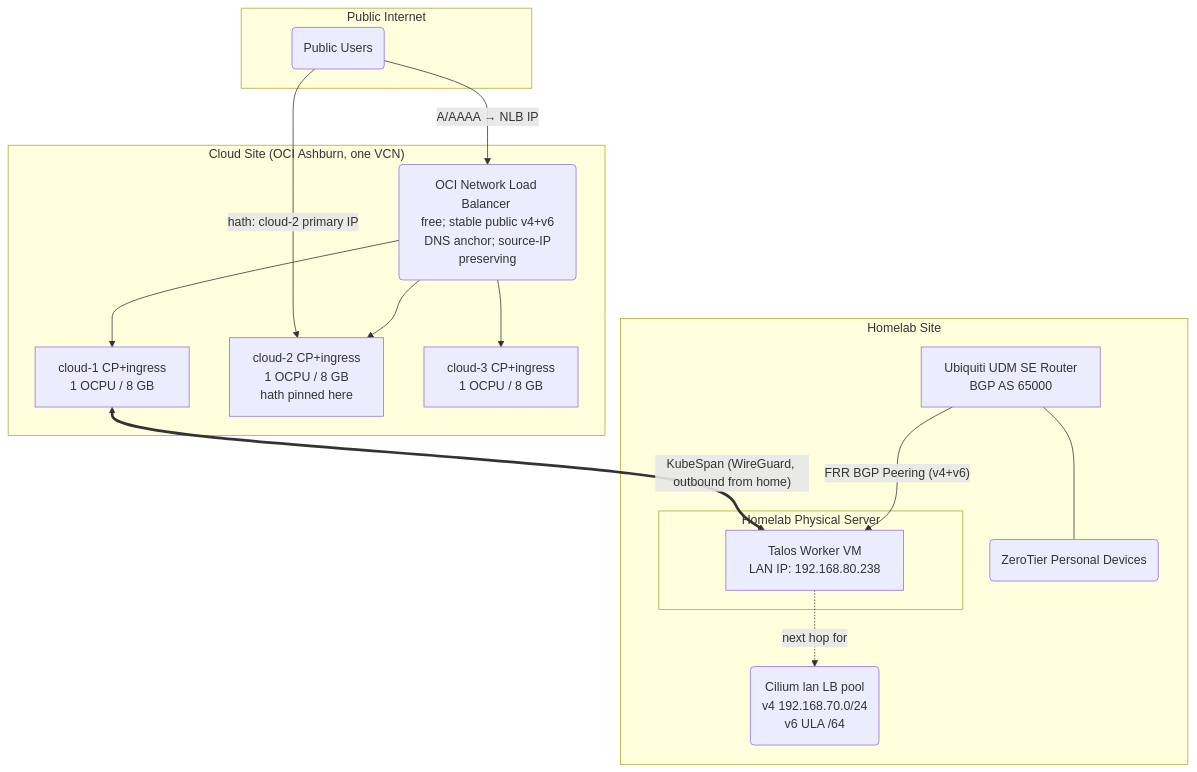
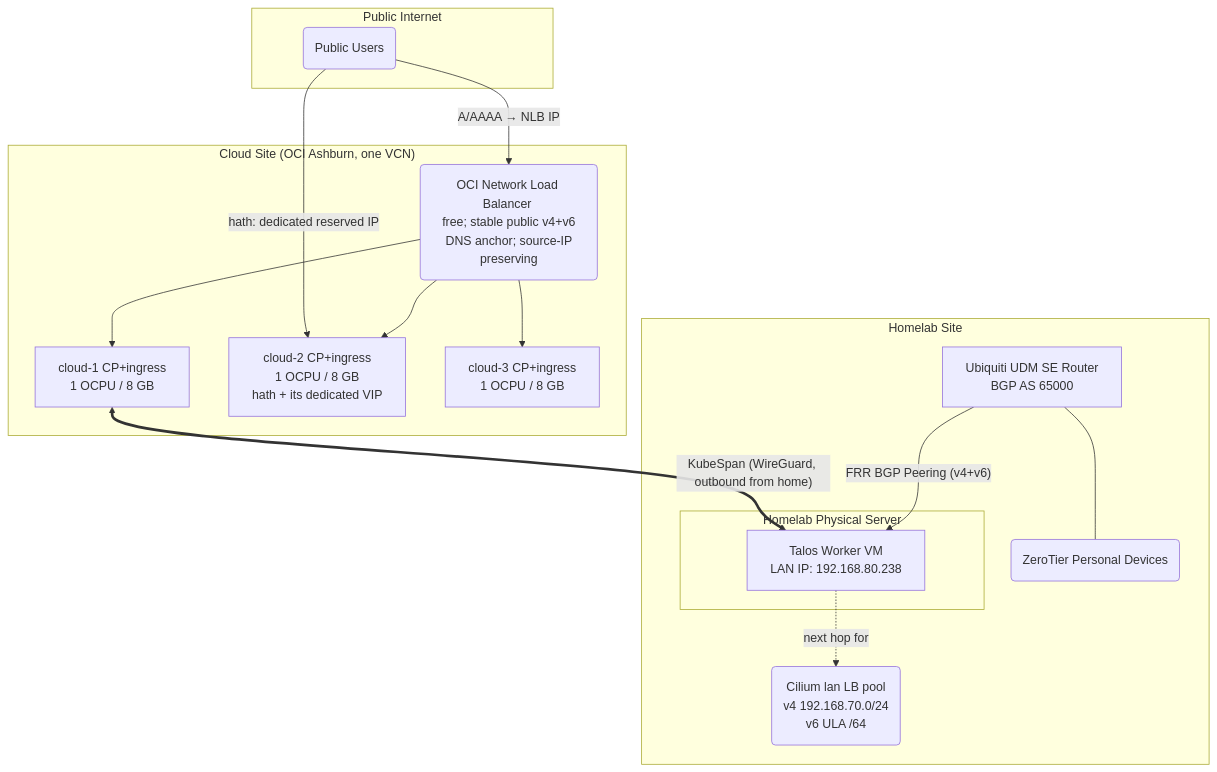
Before and after one commit to Aetf/kluster: the diagram in docs/cluster/architecture.md, drawn with Mermaid. The commit also changed other lines of this file and 2 other files, not shown here.

First line of the commit message:
doc: dissolve the hath exception into a dedicated-VIP pattern

````diff
--- a/docs/cluster/architecture.md
+++ b/docs/cluster/architecture.md
@@ -49,39 +49,39 @@
 ```mermaid
 graph TD  
  subgraph "Public Internet"  
  User(Public Users)  
  end  
   
  subgraph "Cloud Site (OCI Ashburn, one VCN)"  
  NLB(OCI Network Load Balancer <br> free; stable public v4+v6 <br> DNS anchor; source-IP preserving)  
  CP1[cloud-1 CP+ingress <br> 1 OCPU / 8 GB]  
- CP2[cloud-2 CP+ingress <br> 1 OCPU / 8 GB <br> hath pinned here]  
+ CP2[cloud-2 CP+ingress <br> 1 OCPU / 8 GB <br> hath + its dedicated VIP]  
  CP3[cloud-3 CP+ingress <br> 1 OCPU / 8 GB]  
  NLB --> CP1  
  NLB --> CP2  
  NLB --> CP3  
  end  
   
  subgraph "Homelab Site"  
  DMSE[Ubiquiti UDM SE Router <br> BGP AS 65000]  
    
 subgraph "Homelab Physical Server"  
  Homelab_VM[Talos Worker VM <br> LAN IP: 192.168.80.238]  
  end  
    
  LB_Pool(Cilium lan LB pool <br> v4 192.168.70.0/24 <br> v6 ULA /64)  
  ZT_Net(ZeroTier Personal Devices)  
  end  
   
  %% Routing Flow  
  User -- "A/AAAA → NLB IP" --> NLB  
- User -- "hath: cloud-2 primary IP" --> CP2  
+ User -- "hath: dedicated reserved IP" --> CP2  
  DMSE -- "FRR BGP Peering (v4+v6)" --> Homelab_VM  
  DMSE --- ZT_Net  
    
 %% KubeSpan  
  CP1 <== "KubeSpan (WireGuard, outbound from home)" ==> Homelab_VM  
   
 %% Logical internal links  
  Homelab_VM -. "next hop for" .-> LB_Pool  
 ```
````
